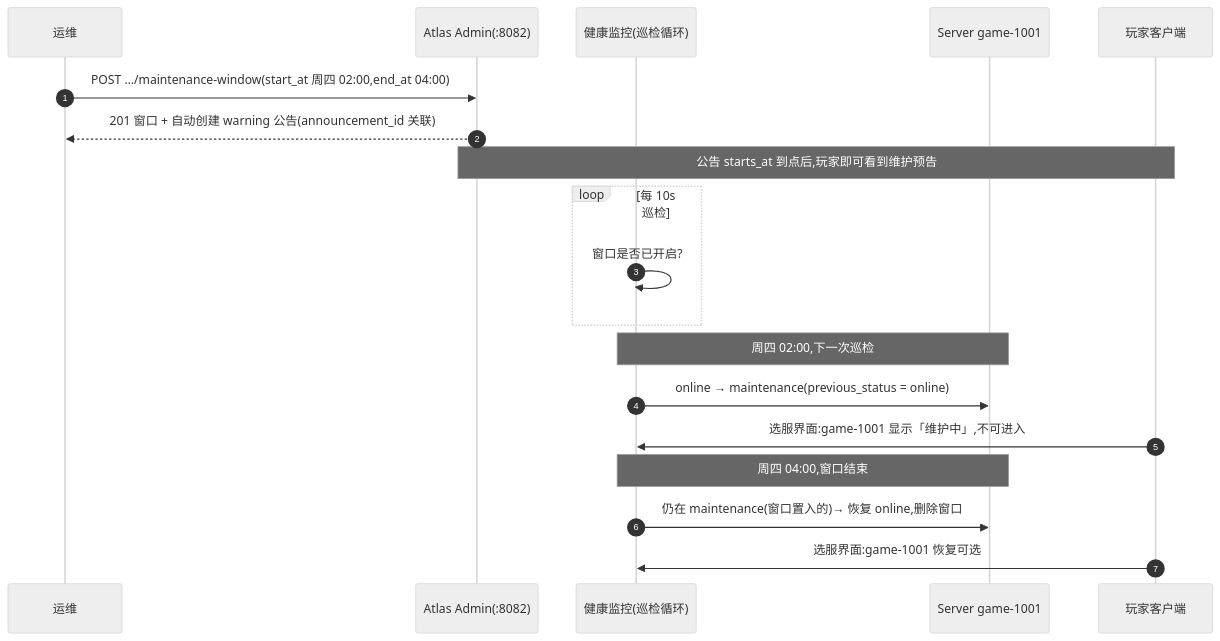
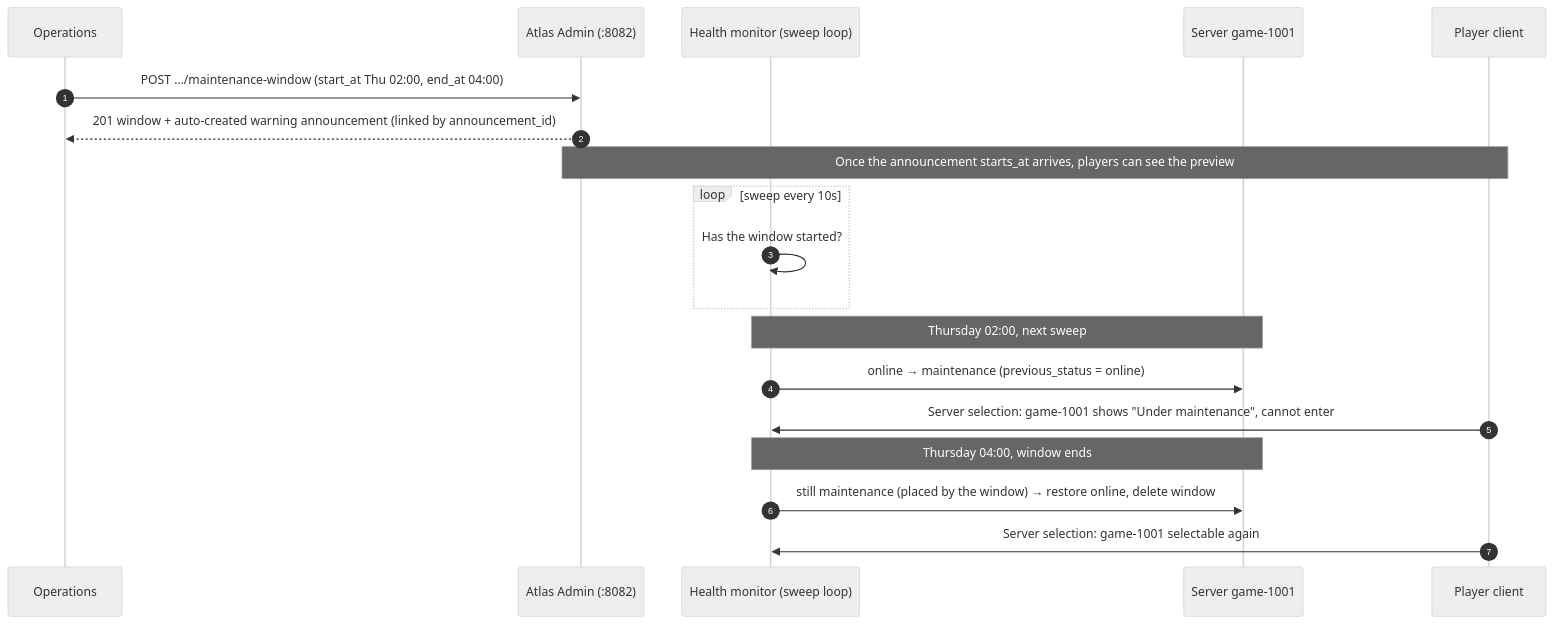
Before and after one commit to cuihairu/atlas: the second of 2 diagrams in docs/operations.md, drawn with Mermaid (neutral theme). The commit also changed other lines of this file and 80 other files, not shown here.

````diff
--- a/docs/operations.md
+++ b/docs/operations.md
@@ -180,22 +219,22 @@
 ```mermaid
 sequenceDiagram
     autonumber
-    participant OP as 运维
-    participant A as Atlas Admin(:8082)
-    participant HM as 健康监控(巡检循环)
+    participant OP as Operations
+    participant A as Atlas Admin (:8082)
+    participant HM as Health monitor (sweep loop)
     participant S as Server game-1001
-    participant C as 玩家客户端
+    participant C as Player client
 
-    OP->>A: POST …/maintenance-window(start_at 周四 02:00,end_at 04:00)
-    A-->>OP: 201 窗口 + 自动创建 warning 公告(announcement_id 关联)
-    Note over A,C: 公告 starts_at 到点后,玩家即可看到维护预告
-    loop 每 10s 巡检
-        HM->>HM: 窗口是否已开启?
+    OP->>A: POST …/maintenance-window (start_at Thu 02:00, end_at 04:00)
+    A-->>OP: 201 window + auto-created warning announcement (linked by announcement_id)
+    Note over A,C: Once the announcement starts_at arrives, players can see the preview
+    loop sweep every 10s
+        HM->>HM: Has the window started?
     end
-    Note over HM,S: 周四 02:00,下一次巡检
-    HM->>S: online → maintenance(previous_status = online)
-    C->>HM: 选服界面:game-1001 显示「维护中」,不可进入
-    Note over HM,S: 周四 04:00,窗口结束
-    HM->>S: 仍在 maintenance(窗口置入的)→ 恢复 online,删除窗口
-    C->>HM: 选服界面:game-1001 恢复可选
+    Note over HM,S: Thursday 02:00, next sweep
+    HM->>S: online → maintenance (previous_status = online)
+    C->>HM: Server selection: game-1001 shows "Under maintenance", cannot enter
+    Note over HM,S: Thursday 04:00, window ends
+    HM->>S: still maintenance (placed by the window) → restore online, delete window
+    C->>HM: Server selection: game-1001 selectable again
 ```
````
